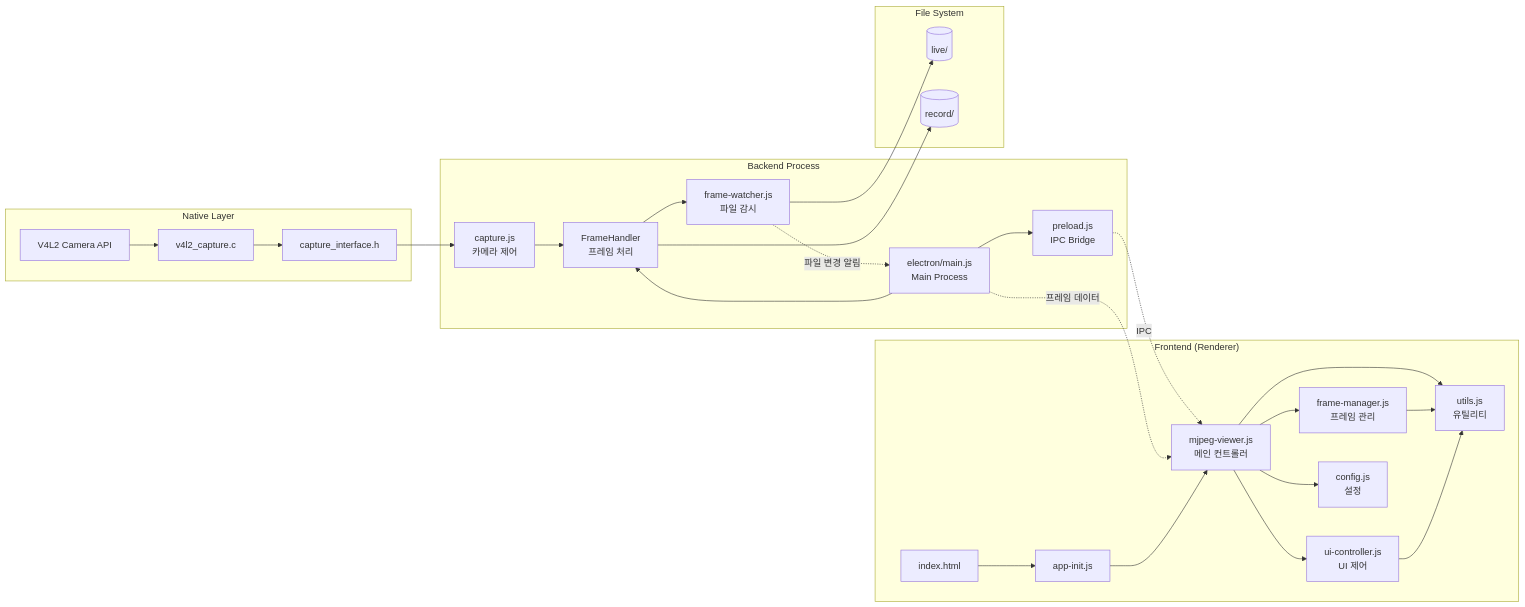
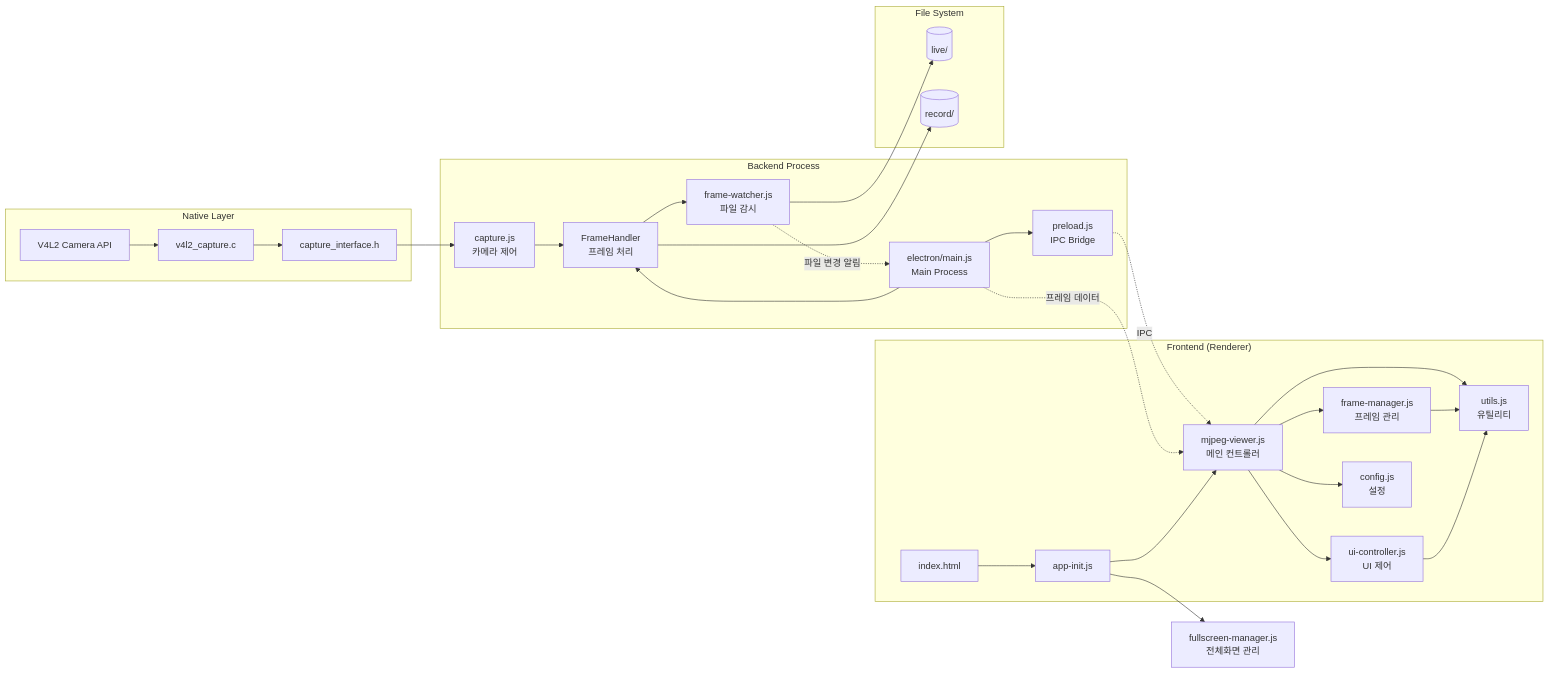
One commit to ddonyo/camera changed the first of 2 diagrams in README.md. Above: the diagram before and after it, drawn with Mermaid. The commit also changed other lines of this file and 1 other file, not shown here.

````diff
--- a/README.md
+++ b/README.md
@@ -89,55 +89,56 @@
 ```mermaid
 graph LR
     subgraph "Native Layer"
         V4L2[V4L2 Camera API]
         CAP[capture_interface.h]
         VCAP[v4l2_capture.c]
     end
 
     subgraph "Backend Process"
         MAIN[electron/main.js<br/>Main Process]
         FH[FrameHandler<br/>프레임 처리]
         CAPTURE[capture.js<br/>카메라 제어]
         FW[frame-watcher.js<br/>파일 감시]
         PRELOAD[preload.js<br/>IPC Bridge]
     end
 
     subgraph "Frontend (Renderer)"
         HTML[index.html]
         APP[app-init.js]
         VIEWER[mjpeg-viewer.js<br/>메인 컨트롤러]
         FM[frame-manager.js<br/>프레임 관리]
         UI[ui-controller.js<br/>UI 제어]
         CONFIG[config.js<br/>설정]
         UTILS[utils.js<br/>유틸리티]
     end
 
     subgraph "File System"
         LIVE[(live/)]
         RECORD[(record/)]
     end
 
     V4L2 --> VCAP
     VCAP --> CAP
     CAP --> CAPTURE
     CAPTURE --> FH
     FH --> FW
     FW --> LIVE
     FH --> RECORD
 
     MAIN --> FH
     MAIN --> PRELOAD
 
     PRELOAD -.IPC.-> VIEWER
     FW -.파일 변경 알림.-> MAIN
     MAIN -.프레임 데이터.-> VIEWER
 
     HTML --> APP
     APP --> VIEWER
+    APP --> FULLSCREEN[fullscreen-manager.js<br/>전체화면 관리]
     VIEWER --> FM
     VIEWER --> UI
     VIEWER --> CONFIG
     VIEWER --> UTILS
     FM --> UTILS
     UI --> UTILS
 ```
````
